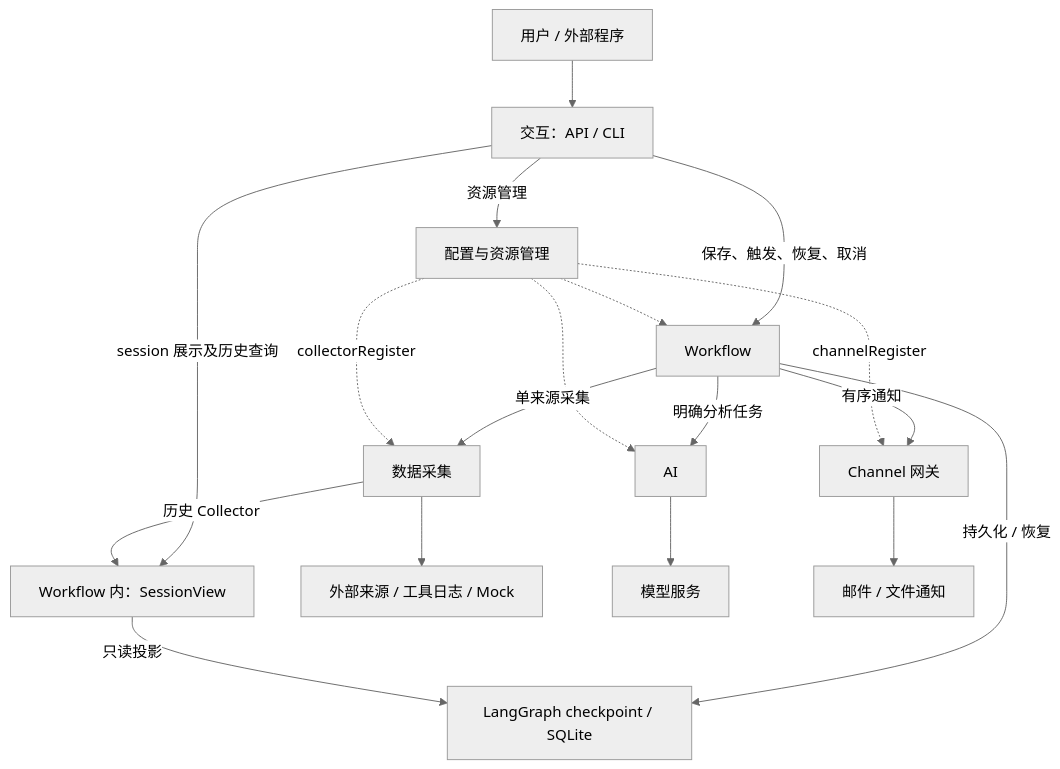
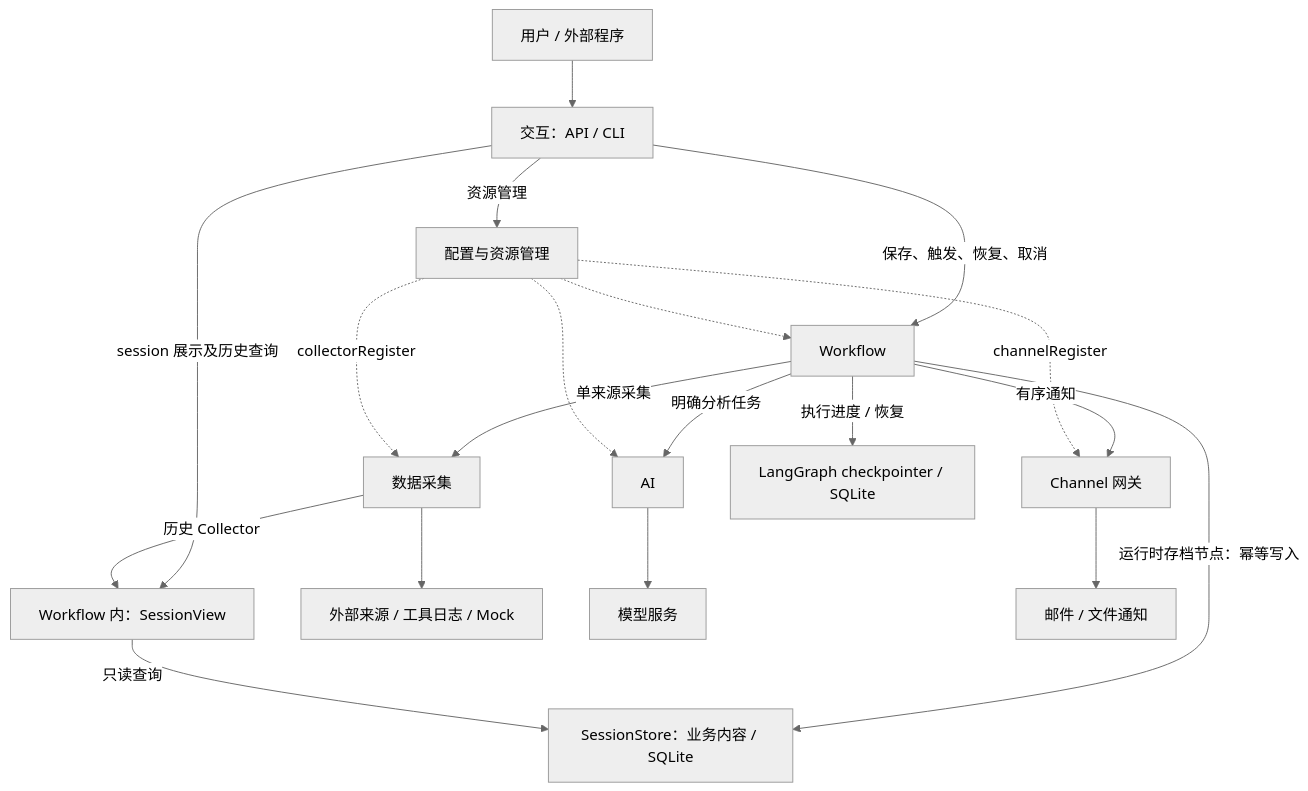
The first of 2 diagrams in openspec/changes/configurable-collection-analysis-workflow/design.md (striiiiiing/WorkFLowWeave), drawn with Mermaid (neutral theme) before and after one commit. The commit also changed other lines of this file and 13 other files, not shown here.

Commit message:
docs: separate runtime session content from checkpoints

````diff
--- a/openspec/changes/configurable-collection-analysis-workflow/design.md
+++ b/openspec/changes/configurable-collection-analysis-workflow/design.md
@@ -28,20 +28,21 @@
 ```mermaid
 flowchart TB
     User[用户 / 外部程序] --> Interaction[交互：API / CLI]
     Interaction -->|保存、触发、恢复、取消| Workflow[Workflow]
     Interaction -->|资源管理| Config[配置与资源管理]
     Interaction -->|session 展示及历史查询| View[Workflow 内：SessionView]
     Workflow -->|单来源采集| Collection[数据采集]
     Workflow -->|明确分析任务| AI[AI]
     Workflow -->|有序通知| Gateway[Channel 网关]
-    Workflow -->|持久化 / 恢复| Checkpoints[LangGraph checkpoint / SQLite]
-    View -->|只读投影| Checkpoints
+    Workflow -->|执行进度 / 恢复| Checkpoints[LangGraph checkpointer / SQLite]
+    Workflow -->|运行时存档节点：幂等写入| Sessions[SessionStore：业务内容 / SQLite]
+    View -->|只读查询| Sessions
     Collection -->|历史 Collector| View
     Config -.-> Workflow
     Config -.->|collectorRegister| Collection
     Config -.-> AI
     Config -.->|channelRegister| Gateway
     Collection --> Sources[外部来源 / 工具日志 / Mock]
     AI --> Models[模型服务]
     Gateway --> Destinations[邮件 / 文件通知]
 ```
````
